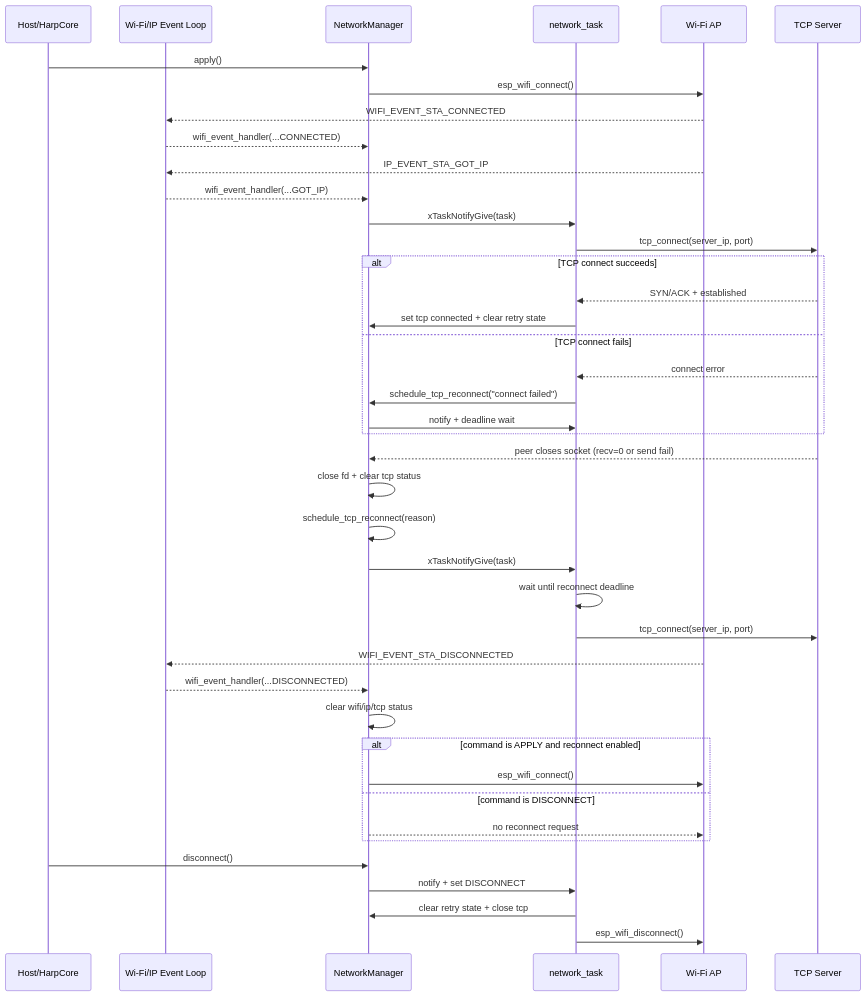
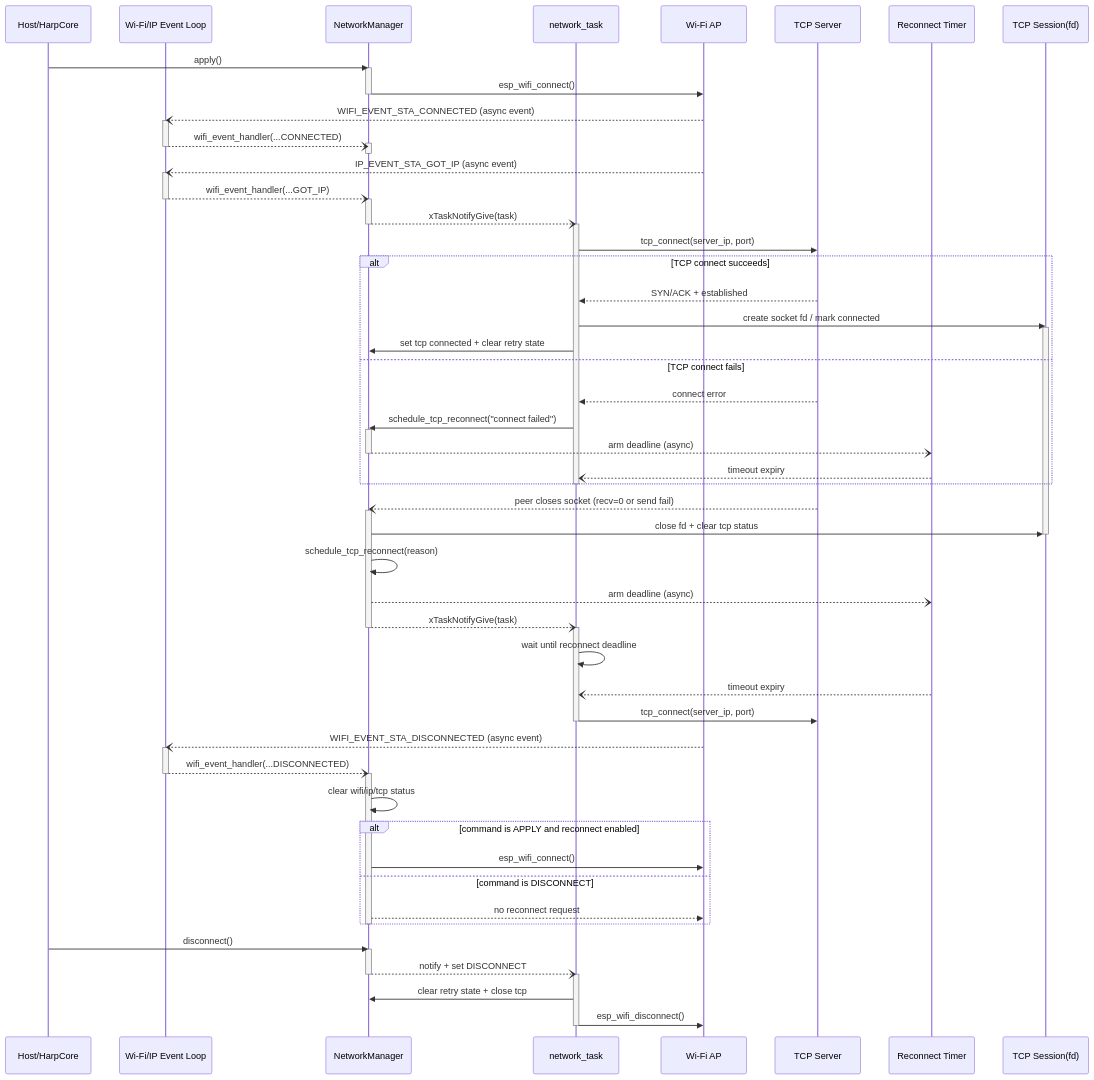
Before and after one commit to barbaLab/harp.core.esp32: the diagram in docs/network-manager-operational-notes.md, drawn with Mermaid.

Commit message:
Refined mermaid sequence diagram

````diff
--- a/docs/network-manager-operational-notes.md
+++ b/docs/network-manager-operational-notes.md
@@ -145,43 +145,80 @@
 	participant NT as network_task
 	participant AP as Wi-Fi AP
 	participant S as TCP Server
+	participant T as Reconnect Timer
+	participant C as TCP Session(fd)
 
 	Host->>NM: apply()
+	activate NM
 	NM->>AP: esp_wifi_connect()
-	AP-->>EVT: WIFI_EVENT_STA_CONNECTED
-	EVT-->>NM: wifi_event_handler(...CONNECTED)
-	AP-->>EVT: IP_EVENT_STA_GOT_IP
-	EVT-->>NM: wifi_event_handler(...GOT_IP)
-	NM->>NT: xTaskNotifyGive(task)
+	deactivate NM
+
+	AP--)EVT: WIFI_EVENT_STA_CONNECTED (async event)
+	activate EVT
+	EVT--)NM: wifi_event_handler(...CONNECTED)
+	deactivate EVT
+	activate NM
+	deactivate NM
+
+	AP--)EVT: IP_EVENT_STA_GOT_IP (async event)
+	activate EVT
+	EVT--)NM: wifi_event_handler(...GOT_IP)
+	deactivate EVT
+	activate NM
+	NM--)NT: xTaskNotifyGive(task)
+	deactivate NM
+
+	activate NT
 	NT->>S: tcp_connect(server_ip, port)
 
 	alt TCP connect succeeds
 		S-->>NT: SYN/ACK + established
+		NT->>C: create socket fd / mark connected
+		activate C
 		NT->>NM: set tcp connected + clear retry state
 	else TCP connect fails
 		S-->>NT: connect error
 		NT->>NM: schedule_tcp_reconnect("connect failed")
-		NM->>NT: notify + deadline wait
+		activate NM
+		NM--)T: arm deadline (async)
+		deactivate NM
+		T--)NT: timeout expiry
 	end
+	deactivate NT
 
-	S-->>NM: peer closes socket (recv=0 or send fail)
-	NM->>NM: close fd + clear tcp status
+	S--)NM: peer closes socket (recv=0 or send fail)
+	activate NM
+	NM->>C: close fd + clear tcp status
+	deactivate C
 	NM->>NM: schedule_tcp_reconnect(reason)
-	NM->>NT: xTaskNotifyGive(task)
+	NM--)T: arm deadline (async)
+	NM--)NT: xTaskNotifyGive(task)
+	deactivate NM
+	activate NT
 	NT->>NT: wait until reconnect deadline
+	T--)NT: timeout expiry
 	NT->>S: tcp_connect(server_ip, port)
+	deactivate NT
 
-	AP-->>EVT: WIFI_EVENT_STA_DISCONNECTED
-	EVT-->>NM: wifi_event_handler(...DISCONNECTED)
+	AP--)EVT: WIFI_EVENT_STA_DISCONNECTED (async event)
+	activate EVT
+	EVT--)NM: wifi_event_handler(...DISCONNECTED)
+	deactivate EVT
+	activate NM
 	NM->>NM: clear wifi/ip/tcp status
 	alt command is APPLY and reconnect enabled
 		NM->>AP: esp_wifi_connect()
 	else command is DISCONNECT
 		NM-->>AP: no reconnect request
 	end
+	deactivate NM
 
 	Host->>NM: disconnect()
-	NM->>NT: notify + set DISCONNECT
+	activate NM
+	NM--)NT: notify + set DISCONNECT
+	deactivate NM
+	activate NT
 	NT->>NM: clear retry state + close tcp
 	NT->>AP: esp_wifi_disconnect()
+	deactivate NT
 ```
````
